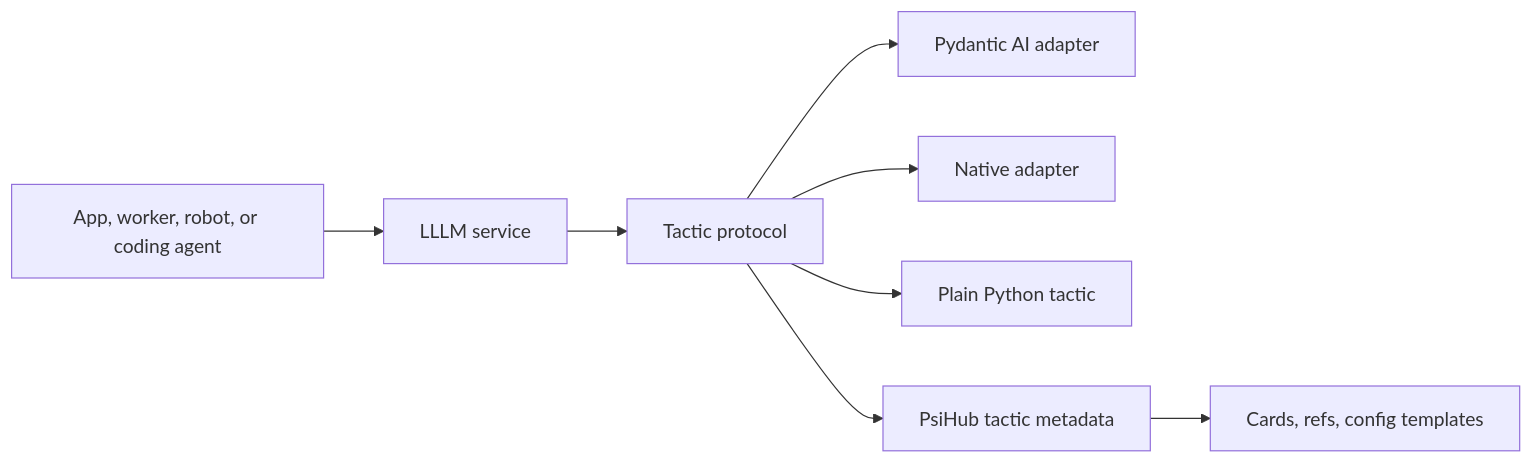
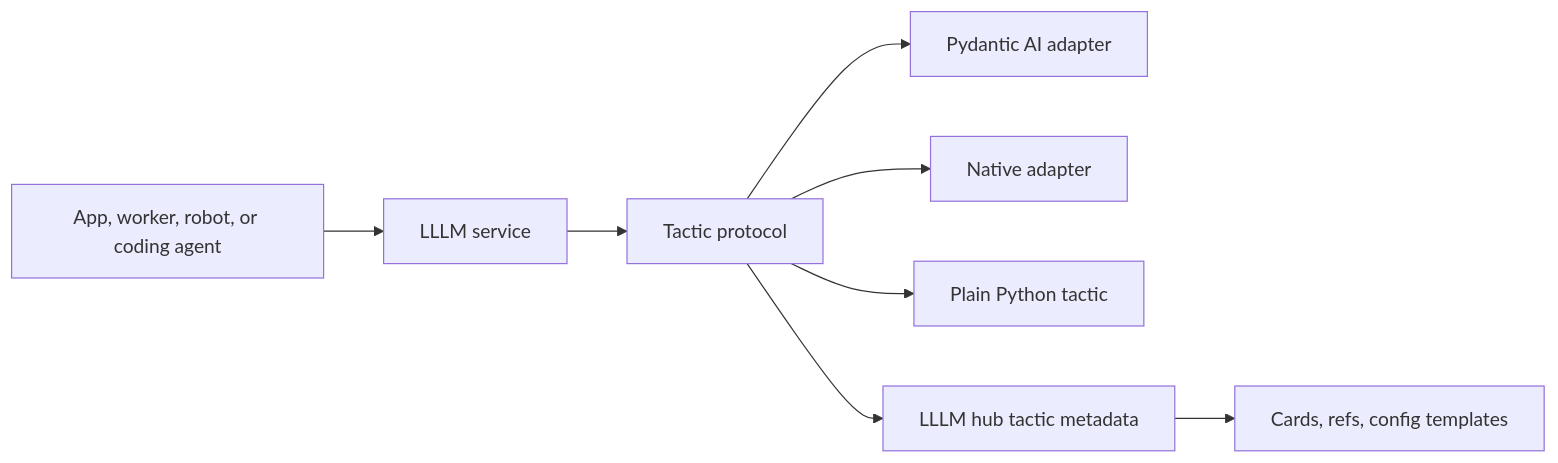
Before and after one commit to Productive-Superintelligence/lllm: the diagram in docs/index.md, drawn with Mermaid. The commit also changed other lines of this file and 58 other files, not shown here.

First line of the commit message:
Add lllm.hub and unify the package manifest as lllm.toml

````diff
--- a/docs/index.md
+++ b/docs/index.md
@@ -84,10 +84,10 @@
 ```mermaid
 flowchart LR
   A["App, worker, robot, or coding agent"] --> B["LLLM service"]
   B --> C["Tactic protocol"]
   C --> D["Pydantic AI adapter"]
   C --> E["Native adapter"]
   C --> F["Plain Python tactic"]
-  C --> G["PsiHub tactic metadata"]
+  C --> G["LLLM hub tactic metadata"]
   G --> H["Cards, refs, config templates"]
 ```
````
